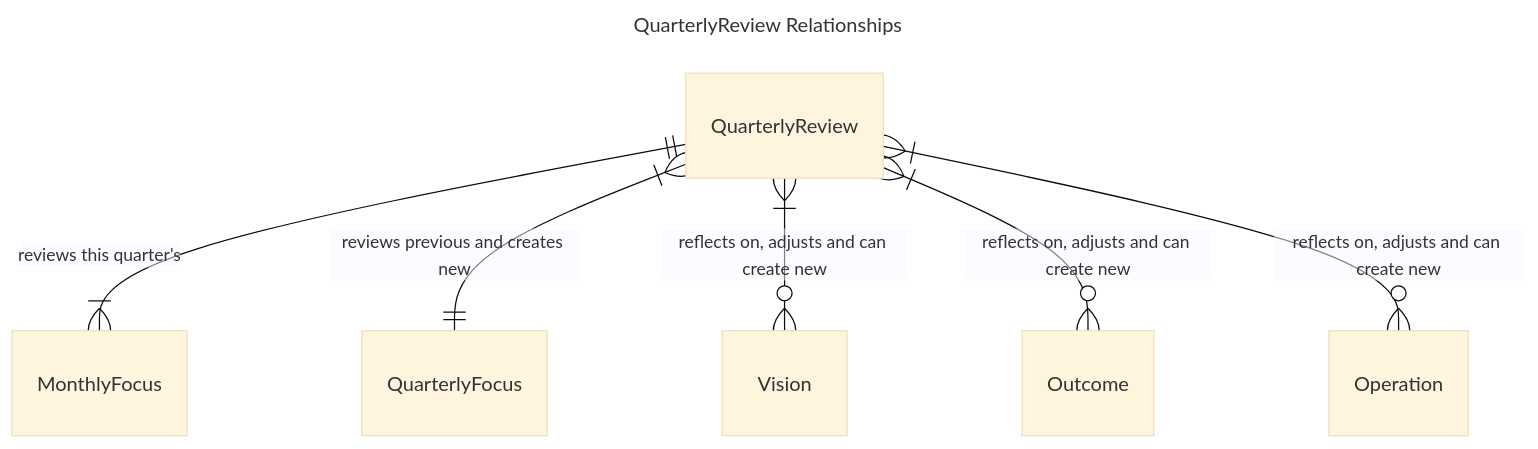
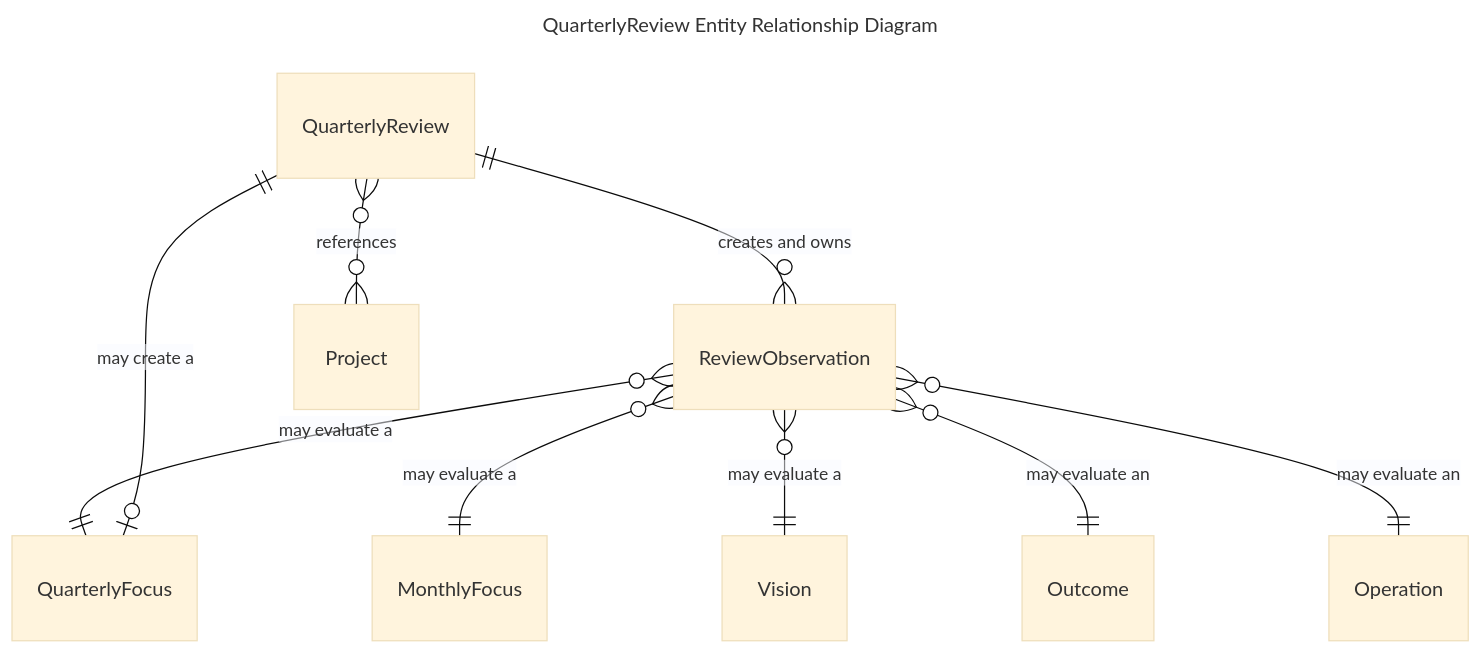
The eighth of 8 diagrams in design-docs/02-entity-relationship-mermaid.md (osgrouch/olos), drawn with Mermaid (base theme) before and after one commit. The commit also changed other lines of this file and 5 other files, not shown here.

Commit message:
Refactoring Domains: refining Review and Focus

````diff
--- a/design-docs/02-entity-relationship-mermaid.md
+++ b/design-docs/02-entity-relationship-mermaid.md
@@ -131,13 +176,18 @@
 ``` mermaid
 ---
-title: QuarterlyReview Relationships
+title: QuarterlyReview Entity Relationship Diagram
 ---
 erDiagram
   direction TB
-  
-  QuarterlyReview ||--|{ MonthlyFocus : "reviews this quarter's"
-  QuarterlyReview }|--|| QuarterlyFocus : "reviews previous and creates new"
-  QuarterlyReview }|--o{ Vision : "reflects on, adjusts and can create new"
-  QuarterlyReview }|--o{ Outcome : "reflects on, adjusts and can create new"
-  QuarterlyReview }|--o{ Operation : "reflects on, adjusts and can create new"
+
+  QuarterlyReview ||--o{ ReviewObservation : "creates and owns"
+
+  ReviewObservation }o--|| QuarterlyFocus : "may evaluate a"
+  ReviewObservation }o--|| MonthlyFocus : "may evaluate a"
+  ReviewObservation }o--|| Vision : "may evaluate a"
+  ReviewObservation }o--|| Outcome : "may evaluate an"
+  ReviewObservation }o--|| Operation : "may evaluate an"
+  QuarterlyReview }o--o{ Project : "references"
+
+  QuarterlyReview ||--o| QuarterlyFocus : "may create a"
 ```
````
